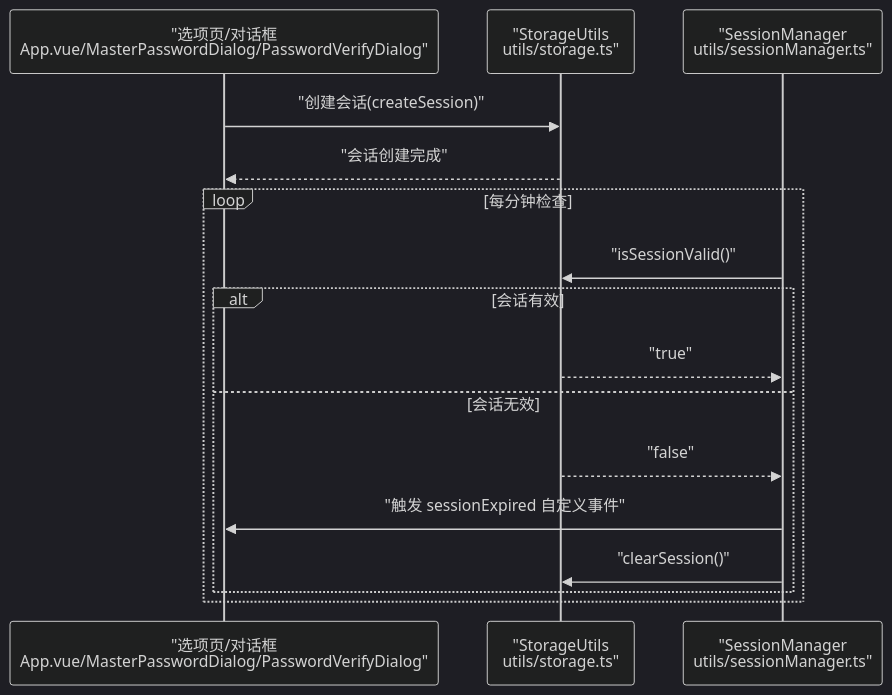
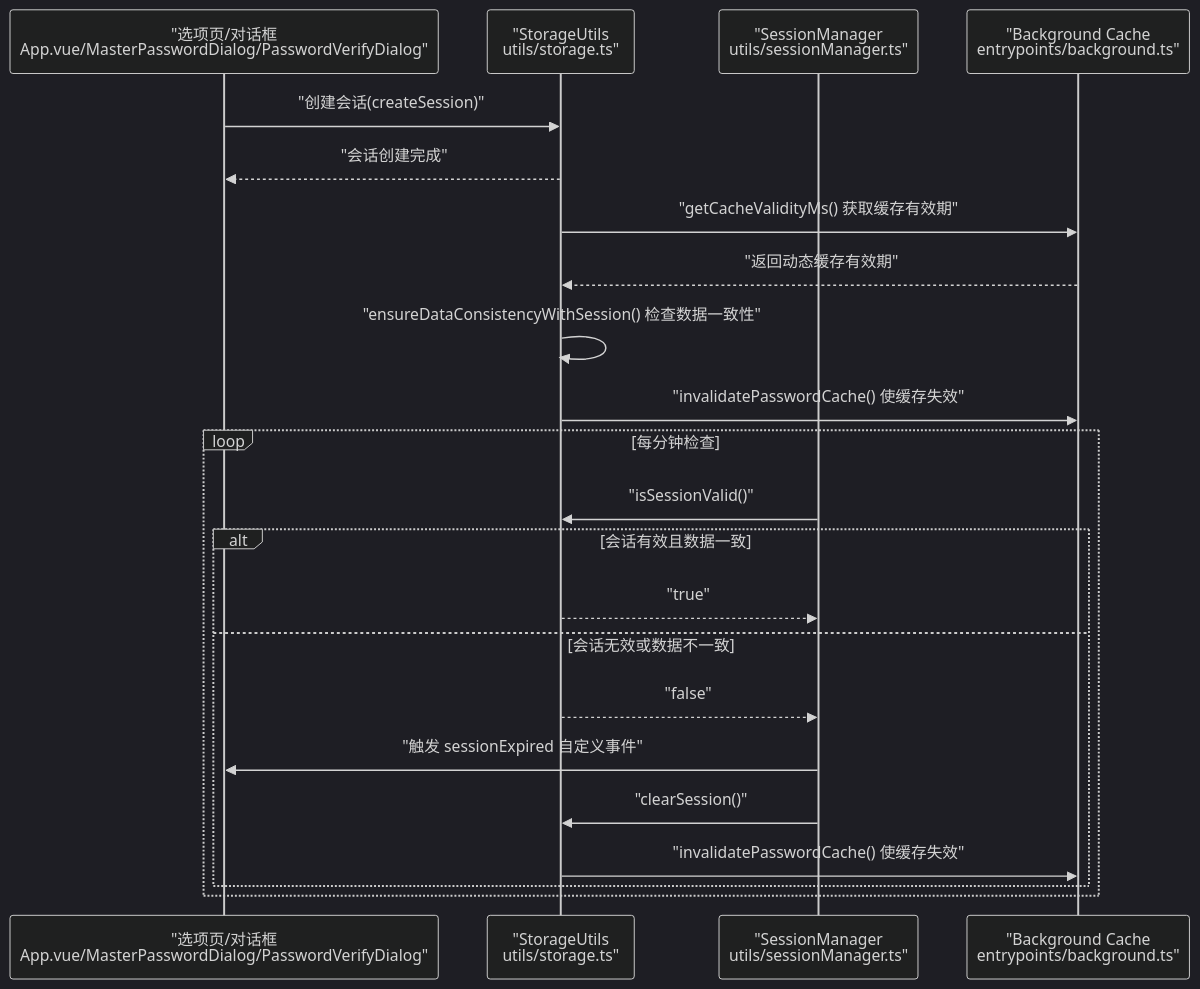
The second of 19 diagrams in .qoder/repowiki/zh/content/核心模块/会话管理.md (liaolongdong/account-password-helper), drawn with Mermaid (dark theme) before and after one commit. The commit also changed other lines of this file and 23 other files, not shown here.

````diff
--- a/.qoder/repowiki/zh/content/核心模块/会话管理.md
+++ b/.qoder/repowiki/zh/content/核心模块/会话管理.md
@@ -95,18 +116,24 @@
 ```mermaid
 sequenceDiagram
 participant UI as "选项页/对话框<br/>App.vue/MasterPasswordDialog/PasswordVerifyDialog"
 participant SU as "StorageUtils<br/>utils/storage.ts"
 participant SM as "SessionManager<br/>utils/sessionManager.ts"
+participant BG as "Background Cache<br/>entrypoints/background.ts"
 UI->>SU : "创建会话(createSession)"
 SU-->>UI : "会话创建完成"
+SU->>BG : "getCacheValidityMs() 获取缓存有效期"
+BG-->>SU : "返回动态缓存有效期"
+SU->>SU : "ensureDataConsistencyWithSession() 检查数据一致性"
+SU->>BG : "invalidatePasswordCache() 使缓存失效"
 loop 每分钟检查
 SM->>SU : "isSessionValid()"
-alt 会话有效
+alt 会话有效且数据一致
 SU-->>SM : "true"
-else 会话无效
+else 会话无效或数据不一致
 SU-->>SM : "false"
 SM->>UI : "触发 sessionExpired 自定义事件"
 SM->>SU : "clearSession()"
+SU->>BG : "invalidatePasswordCache() 使缓存失效"
 end
 end
 ```
````
